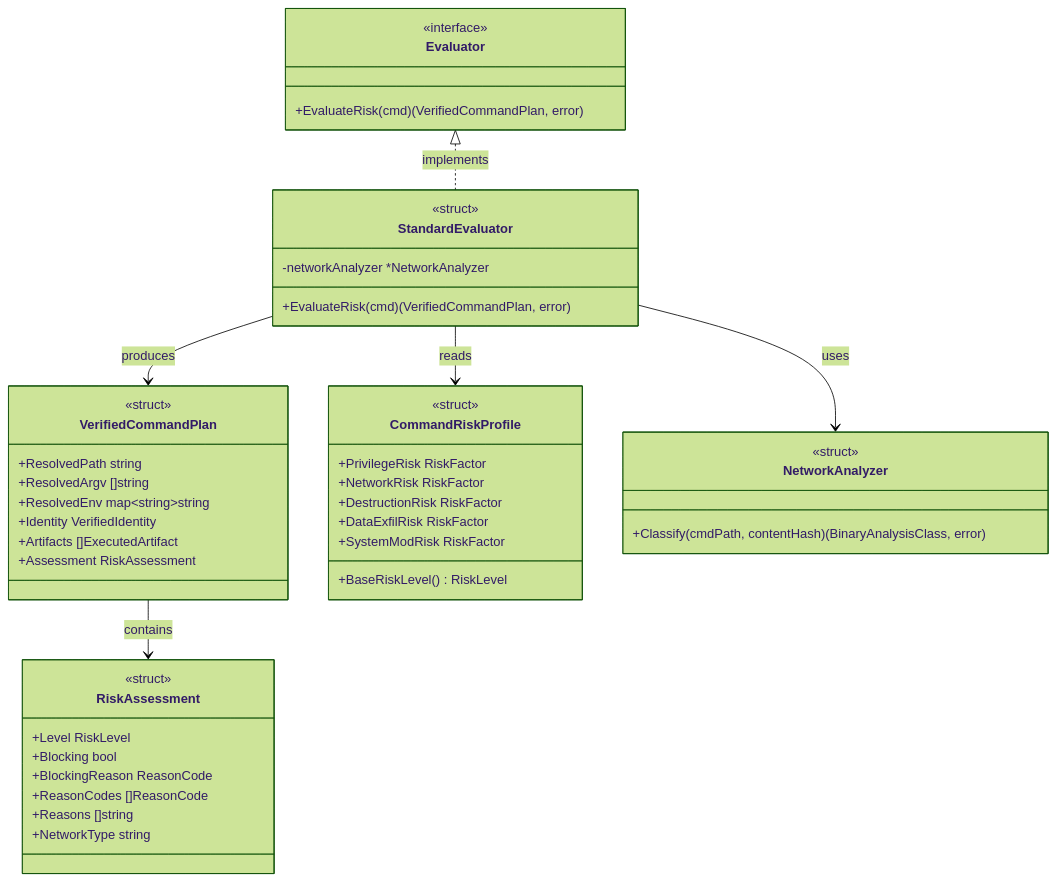
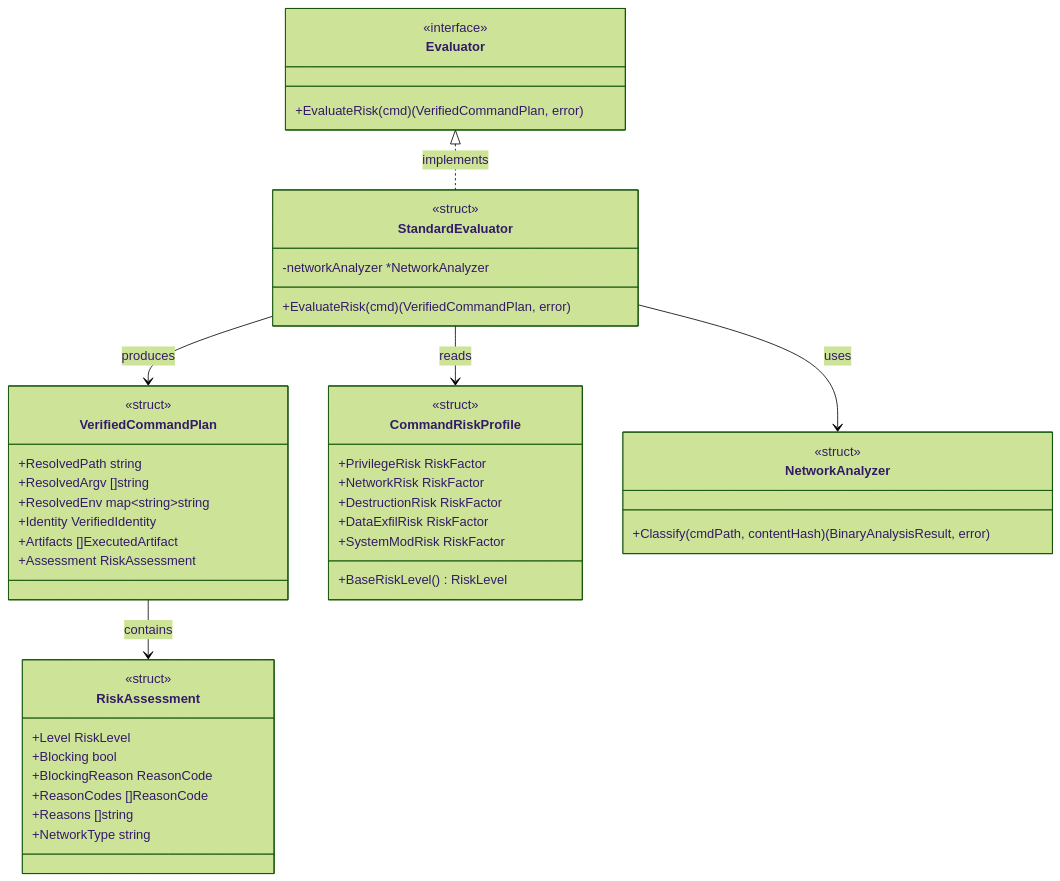
One commit to isseis/go-safe-cmd-runner changed the eighth of 12 diagrams in docs/tasks/0136_runtime_risk_evaluation_enforcement/02_architecture.md. Above: the diagram before and after it, drawn with Mermaid (forest theme). The commit also changed other lines of this file, not shown here.

````diff
--- a/docs/tasks/0136_runtime_risk_evaluation_enforcement/02_architecture.md
+++ b/docs/tasks/0136_runtime_risk_evaluation_enforcement/02_architecture.md
@@ -330,48 +333,48 @@
 ```mermaid
 classDiagram
     class Evaluator {
         <<interface>>
         +EvaluateRisk(cmd) (VerifiedCommandPlan, error)
     }
     class StandardEvaluator {
         <<struct>>
         -networkAnalyzer *NetworkAnalyzer
         +EvaluateRisk(cmd) (VerifiedCommandPlan, error)
     }
     class VerifiedCommandPlan {
         <<struct>>
         +ResolvedPath string
         +ResolvedArgv []string
         +ResolvedEnv map~string~string
         +Identity VerifiedIdentity
         +Artifacts []ExecutedArtifact
         +Assessment RiskAssessment
     }
     class RiskAssessment {
         <<struct>>
         +Level RiskLevel
         +Blocking bool
         +BlockingReason ReasonCode
         +ReasonCodes []ReasonCode
         +Reasons []string
         +NetworkType string
     }
     class CommandRiskProfile {
         <<struct>>
         +PrivilegeRisk RiskFactor
         +NetworkRisk RiskFactor
         +DestructionRisk RiskFactor
         +DataExfilRisk RiskFactor
         +SystemModRisk RiskFactor
         +BaseRiskLevel() RiskLevel
     }
     class NetworkAnalyzer {
         <<struct>>
-        +Classify(cmdPath, contentHash) (BinaryAnalysisClass, error)
+        +Classify(cmdPath, contentHash) (BinaryAnalysisResult, error)
     }
     Evaluator <|.. StandardEvaluator : implements
     StandardEvaluator --> VerifiedCommandPlan : produces
     VerifiedCommandPlan --> RiskAssessment : contains
     StandardEvaluator --> CommandRiskProfile : reads
     StandardEvaluator --> NetworkAnalyzer : uses
 ```
````
